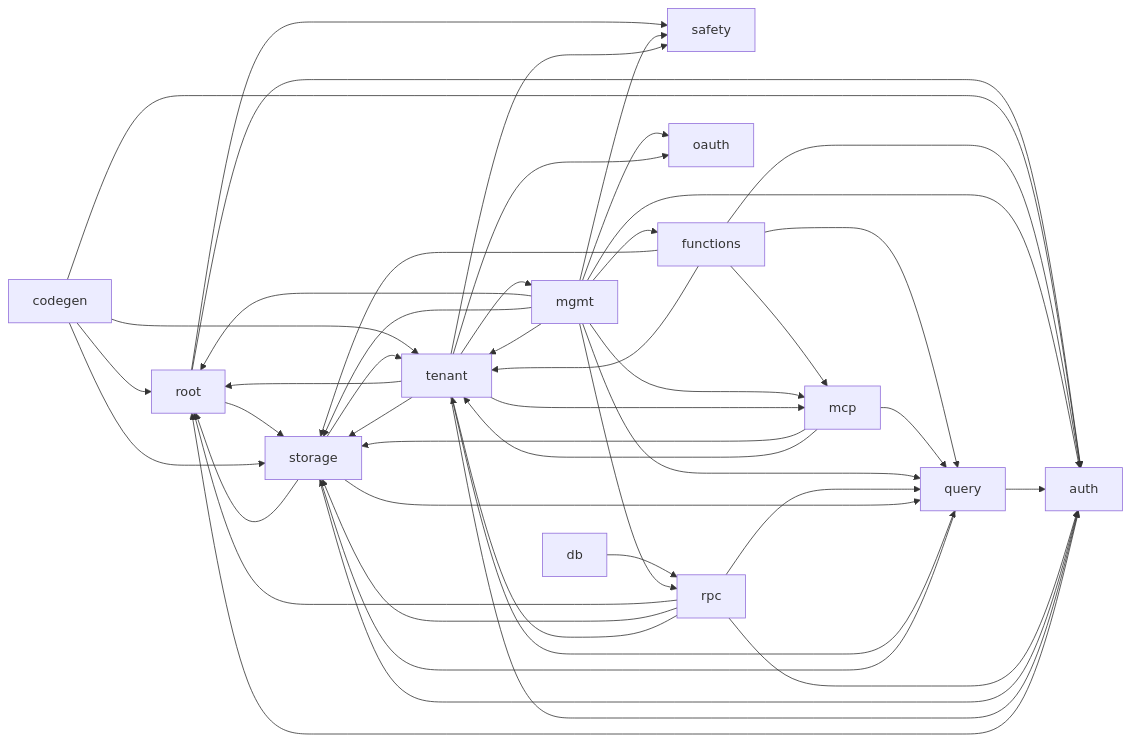
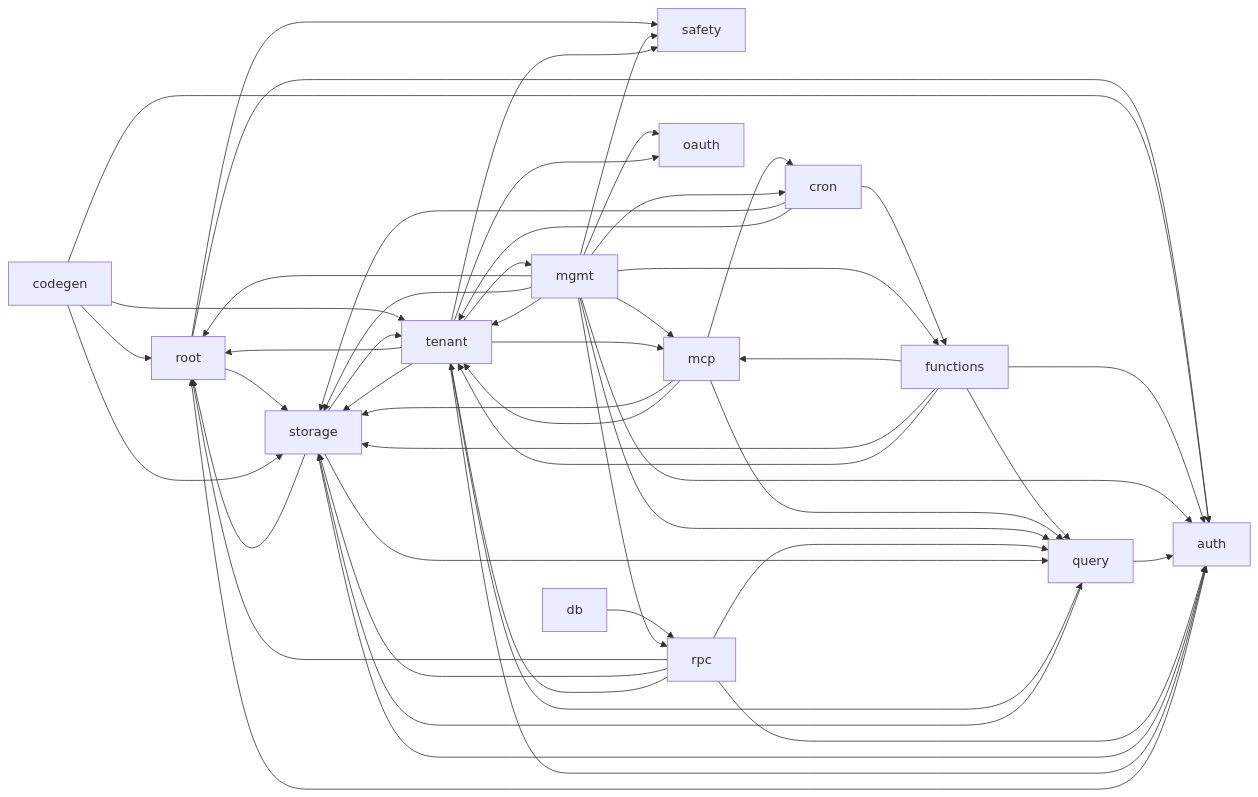
Before and after one commit to KaelLim/drust: the diagram in docs/architecture.md, drawn with Mermaid. The commit also changed other lines of this file and 1 other file, not shown here.

Commit message:
docs: tenant ownership enforcement points and cache hooks

````diff
--- a/docs/architecture.md
+++ b/docs/architecture.md
@@ -41,49 +42,54 @@
 ```mermaid
 graph LR
   root --> auth
   root --> safety
   root --> storage
   auth --> root
   codegen --> root
   codegen --> auth
   codegen --> storage
   codegen --> tenant
+  cron --> functions
+  cron --> storage
+  cron --> tenant
   db --> rpc
   functions --> auth
   functions --> mcp
   functions --> query
   functions --> storage
   functions --> tenant
+  mcp --> cron
   mcp --> query
   mcp --> storage
   mcp --> tenant
   mgmt --> root
   mgmt --> auth
+  mgmt --> cron
   mgmt --> functions
   mgmt --> mcp
   mgmt --> oauth
   mgmt --> query
   mgmt --> rpc
   mgmt --> safety
   mgmt --> storage
   mgmt --> tenant
   query --> auth
   query --> storage
   rpc --> root
   rpc --> auth
   rpc --> query
   rpc --> storage
   rpc --> tenant
   storage --> root
   storage --> auth
   storage --> query
   storage --> tenant
   tenant --> root
   tenant --> auth
   tenant --> mcp
   tenant --> mgmt
   tenant --> oauth
   tenant --> query
   tenant --> safety
   tenant --> storage
 ```
````
